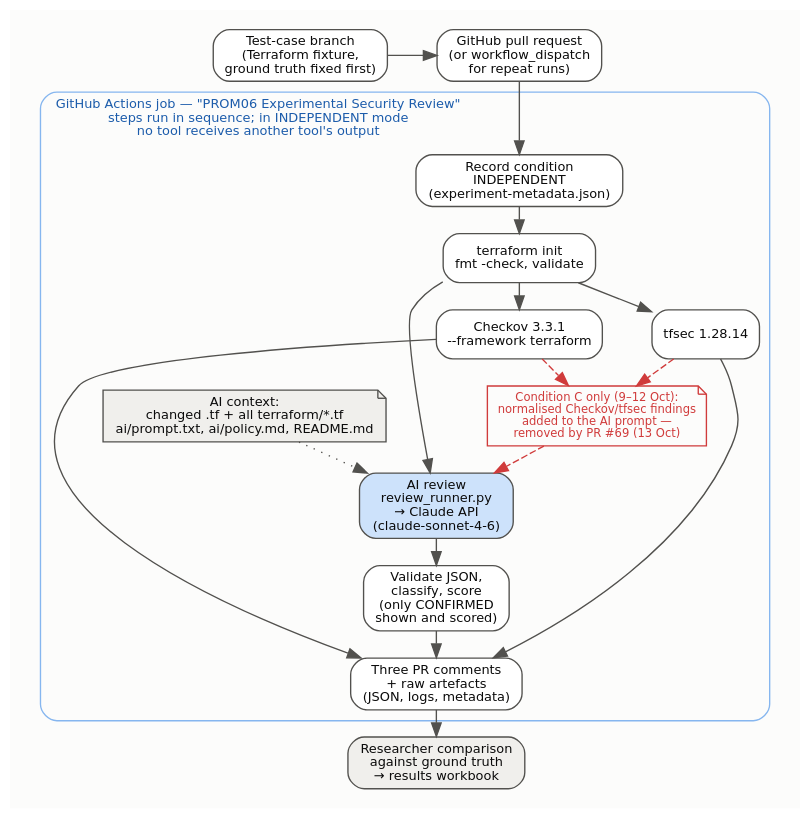
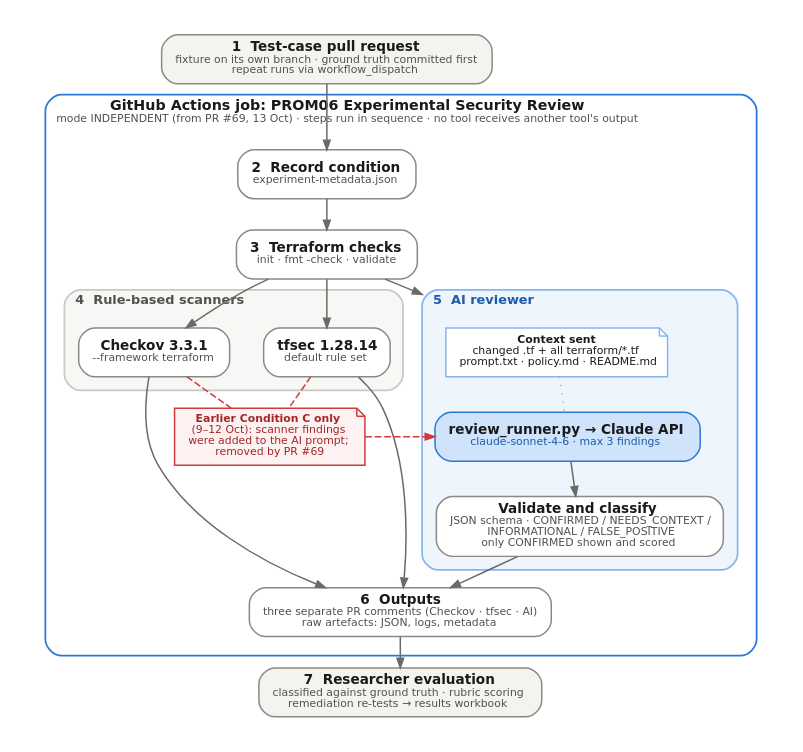
Before and after one commit to abdulwaheed384/ai-pr-review: the diagram in evidence/prom06/figures/fig_architecture.dot, drawn with Graphviz. The commit also changed 3 other files, not shown here.

First line of the commit message:
Redraw Figure 3.1 architecture diagram; rebuild dissertation

```diff
--- a/evidence/prom06/figures/fig_architecture.dot
+++ b/evidence/prom06/figures/fig_architecture.dot
@@ -1,33 +1,55 @@
 digraph G {
-  graph [rankdir=TB, fontname="DejaVu Sans", fontsize=10, bgcolor="#fcfcfb", nodesep=0.5, ranksep=0.28, pad=0.2];
-  node  [shape=box, style="rounded,filled", fillcolor="#ffffff", color="#52514e", fontname="DejaVu Sans", fontsize=9.5, fontcolor="#0b0b0b"];
-  edge  [color="#52514e", fontname="DejaVu Sans", fontsize=8, fontcolor="#52514e"];
+  graph [rankdir=TB, fontname="DejaVu Sans", bgcolor="#ffffff", nodesep=0.35, ranksep=0.32, pad=0.25, compound=true, newrank=true, ordering=out, splines=spline];
+  node  [shape=box, style="rounded,filled", fillcolor="#ffffff", color="#8a8984", penwidth=1.1, fontname="DejaVu Sans", fontsize=10, fontcolor="#1a1a19", margin="0.14,0.07"];
+  edge  [color="#6b6a66", penwidth=1.1, arrowsize=0.7, fontname="DejaVu Sans", fontsize=8.5];
 
-  dev  [label="Test-case branch\n(Terraform fixture,\nground truth fixed first)"];
-  pr   [label="GitHub pull request\n(or workflow_dispatch\nfor repeat runs)"];
+  // ---------- trigger
+  trig [label=<<b>1  Test-case pull request</b><br/><font point-size="8.5" color="#52514e">fixture on its own branch · ground truth committed first<br/>repeat runs via workflow_dispatch</font>>, fillcolor="#f4f3f0"];
+
   subgraph cluster_job {
-    label="GitHub Actions job — \"PROM06 Experimental Security Review\" \nsteps run in sequence; in INDEPENDENT mode\nno tool receives another tool's output";
-    fontsize=9.5; color="#86b6ef"; style="rounded"; fontcolor="#1c5cab"; labelloc="t"; labeljust="l";
-    cond [label="Record condition\nINDEPENDENT\n(experiment-metadata.json)"];
-    tfv  [label="terraform init\nfmt -check, validate"];
-    ck   [label="Checkov 3.3.1\n--framework terraform"];
-    ts   [label="tfsec 1.28.14"];
-    ai   [label="AI review\nreview_runner.py\n→ Claude API\n(claude-sonnet-4-6)", fillcolor="#cde2fb"];
-    ctx  [label="AI context:\nchanged .tf + all terraform/*.tf\nai/prompt.txt, ai/policy.md, README.md", shape=note, fillcolor="#f0efec"];
-    val  [label="Validate JSON,\nclassify, score\n(only CONFIRMED\nshown and scored)"];
-    out  [label="Three PR comments\n+ raw artefacts\n(JSON, logs, metadata)"];
-    cond -> tfv; tfv -> ck; tfv -> ts; tfv -> ai; ai -> val;
+    label=<<b>GitHub Actions job: PROM06 Experimental Security Review</b><br/><font point-size="8.5" color="#52514e">mode INDEPENDENT (from PR #69, 13 Oct) · steps run in sequence · no tool receives another tool's output</font>>;
+    labeljust="l"; fontsize=10.5; fontcolor="#1a1a19"; color="#2a78d6"; penwidth=1.3; style="rounded"; margin=14;
+
+    cond [label=<<b>2  Record condition</b><br/><font point-size="8.5" color="#52514e">experiment-metadata.json</font>>];
+    tf   [label=<<b>3  Terraform checks</b><br/><font point-size="8.5" color="#52514e">init · fmt -check · validate</font>>];
+
+    subgraph cluster_scan {
+      label=<<b>4  Rule-based scanners</b>>; labeljust="l"; fontsize=9.5; fontcolor="#52514e";
+      style="rounded,filled"; fillcolor="#f7f7f5"; color="#c9c8c3"; margin=10;
+      ck [label=<<b>tfsec 1.28.14</b><br/><font point-size="8.5" color="#52514e">default rule set</font>>];
+      ts [label=<<b>Checkov 3.3.1</b><br/><font point-size="8.5" color="#52514e">--framework terraform</font>>];
+    }
+
+    subgraph cluster_ai {
+      label=<<b>5  AI reviewer</b>>; labeljust="l"; fontsize=9.5; fontcolor="#1c5cab";
+      style="rounded,filled"; fillcolor="#eef5fd"; color="#86b6ef"; margin=10;
+      ctx [shape=note, style="filled", fillcolor="#ffffff", color="#86b6ef", label=<<font point-size="8.5"><b>Context sent</b><br/>changed .tf + all terraform/*.tf<br/>prompt.txt · policy.md · README.md</font>>];
+      ai  [label=<<b>review_runner.py → Claude API</b><br/><font point-size="8.5" color="#1c5cab">claude-sonnet-4-6 · max 3 findings</font>>, fillcolor="#cfe3fb", color="#2a78d6"];
+      val [label=<<b>Validate and classify</b><br/><font point-size="8.5" color="#52514e">JSON schema · CONFIRMED / NEEDS_CONTEXT /<br/>INFORMATIONAL / FALSE_POSITIVE<br/>only CONFIRMED shown and scored</font>>];
+      ctx -> ai [style=dotted, arrowhead=none, color="#86b6ef"];
+      ai -> val;
+    }
+
+
+    cc [shape=note, style="filled", fillcolor="#fdf1f1", color="#d03b3b", fontcolor="#a32626",
+        label=<<font point-size="8.5"><b>Earlier Condition C only</b><br/>(9–12 Oct): scanner findings<br/>were added to the AI prompt;<br/>removed by PR #69</font>>];
+    ck -> cc [style=dashed, color="#d03b3b", arrowhead=none];
+    ts -> cc [style=dashed, color="#d03b3b", arrowhead=none];
+    cc -> ai [style=dashed, color="#d03b3b"];
+
+    out [label=<<b>6  Outputs</b><br/><font point-size="8.5" color="#52514e">three separate PR comments (Checkov · tfsec · AI)<br/>raw artefacts: JSON, logs, metadata</font>>];
+
+    cond -> tf;
+    tf -> ts; tf -> ck; tf -> ctx [lhead=cluster_ai];
+    ck -> ts [style=invis, constraint=false];
     ck -> out; ts -> out; val -> out;
-    {rank=same; ck; ts;}
-    cc [label="Condition C only (9–12 Oct):\nnormalised Checkov/tfsec findings\nadded to the AI prompt —\nremoved by PR #69 (13 Oct)", shape=note, fontcolor="#d03b3b", color="#d03b3b", fillcolor="#fcfcfb", fontsize=8.5];
-    ck -> cc [style=dashed, color="#d03b3b"]; ts -> cc [style=dashed, color="#d03b3b"]; cc -> ai [style=dashed, color="#d03b3b"];
-    {rank=same; cc; ctx;}
-    
-    ctx -> ai [style=dotted];
   }
-  gt   [label="Researcher comparison\nagainst ground truth\n→ results workbook", fillcolor="#f0efec"];
-  dev -> pr -> cond;
-  {rank=same; dev; pr;}
-  out -> gt;
+
+  // ---------- evaluation
+  gt [label=<<b>7  Researcher evaluation</b><br/><font point-size="8.5" color="#52514e">classified against ground truth · rubric scoring<br/>remediation re-tests → results workbook</font>>, fillcolor="#f4f3f0"];
+
+  trig -> cond; out -> gt;
+  {rank=same; ck; ts; ctx;}
+  {rank=same; cc; ai;}
 
 }
```
